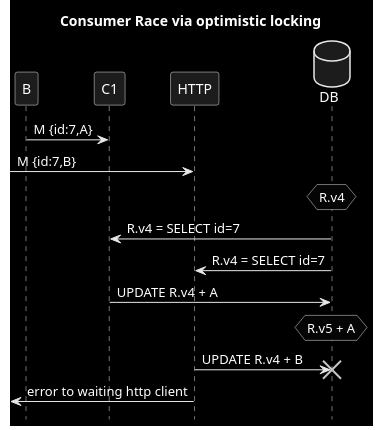
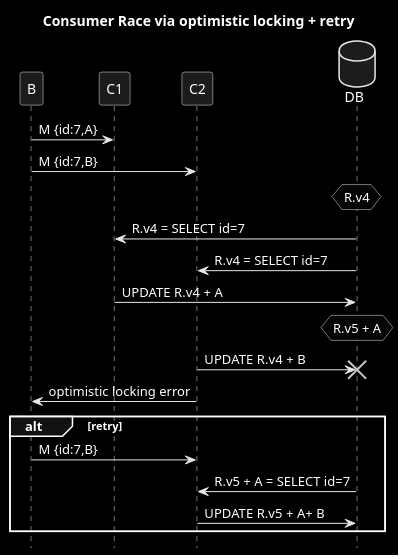
The diagram in patterns/3_race_c_c.puml (victorrentea/kafka), drawn with PlantUML before and after one commit.

Commit message:
retry fixes the opt locking error

```diff
--- a/patterns/3_race_c_c.puml
+++ b/patterns/3_race_c_c.puml
@@ -1,17 +1,22 @@
 @startuml
-title Consumer Race via optimistic locking
+title Consumer Race via optimistic locking + retry
 hide footbox
 skinparam monochrome reverse
 database DB order 9
 
 B->C1: M {id:7,A}
-->HTTP: M {id:7,B}
+B->C2: M {id:7,B}
 hnote over DB: R.v4
 C1<-DB: R.v4 = SELECT id=7
-HTTP<-DB: R.v4 = SELECT id=7
+C2<-DB: R.v4 = SELECT id=7
 C1->DB: UPDATE R.v4 + A
 hnote over DB: R.v5 + A
-HTTP->DB!!: UPDATE R.v4 + B
-<-HTTP: error to waiting http client
+C2->DB!!: UPDATE R.v4 + B
+B<-C2: optimistic locking error
+alt retry
+    B->C2: M {id:7,B}
+    C2<-DB: R.v5 + A = SELECT id=7
+    C2->DB: UPDATE R.v5 + A+ B
+end
 
 @enduml
```
